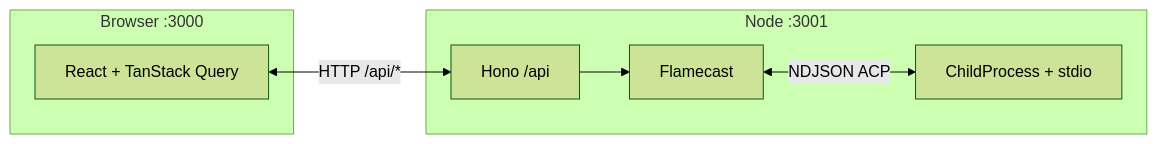
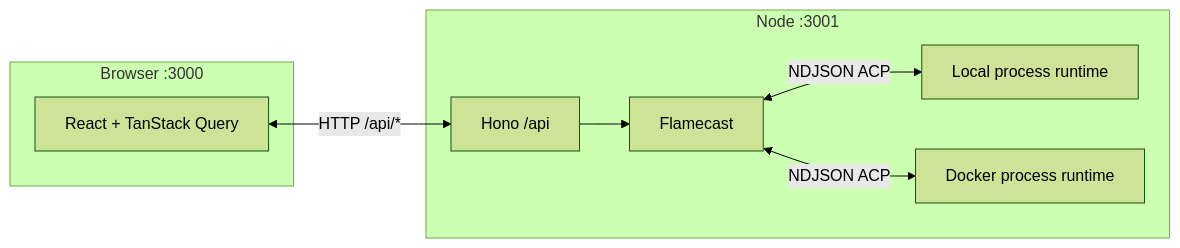
Before and after one commit to gurdasnijor/flamecast: the diagram in README.md, drawn with Mermaid (forest theme). The commit also changed other lines of this file and 6 other files, not shown here.

Commit message:
docker runtime

````diff
--- a/README.md
+++ b/README.md
@@ -45,14 +47,16 @@
 ```mermaid
 flowchart LR
   subgraph browser["Browser :3000"]
     UI["React + TanStack Query"]
   end
   subgraph node["Node :3001"]
     API["Hono /api"]
     FC["Flamecast"]
-    CP["ChildProcess + stdio"]
+    Local["Local process runtime"]
+    Docker["Docker process runtime"]
   end
   UI <-->|"HTTP /api/*"| API
   API --> FC
-  FC <-->|"NDJSON ACP"| CP
+  FC <-->|"NDJSON ACP"| Local
+  FC <-->|"NDJSON ACP"| Docker
 ```
````
